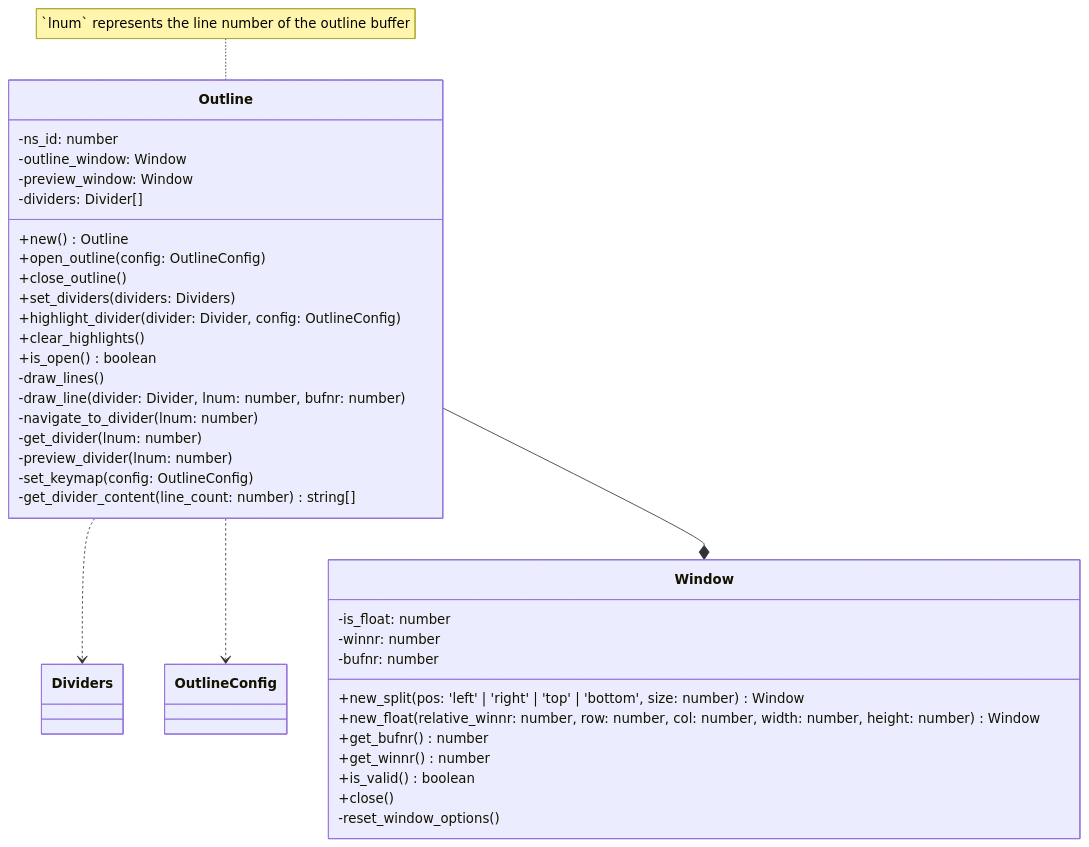
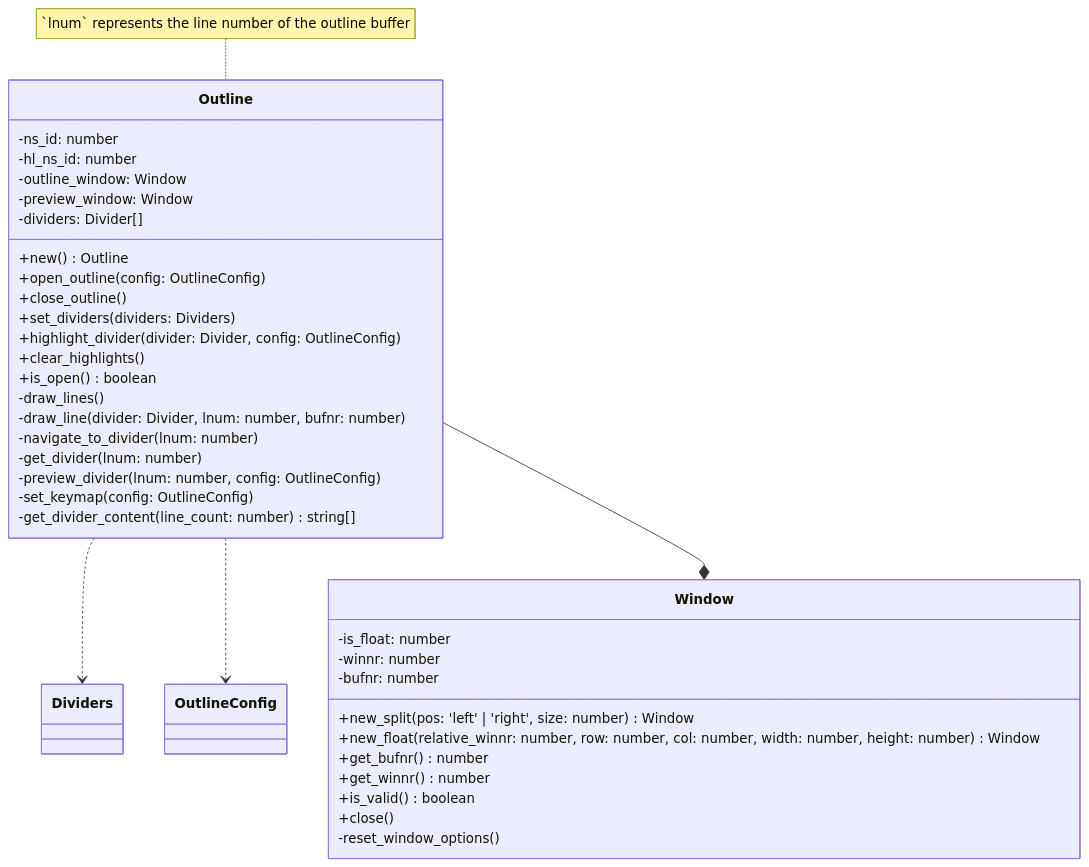
The fourth of 8 diagrams in DESIGN.md (niuiic/divider.nvim), drawn with Mermaid before and after one commit. The commit also changed other lines of this file and 4 other files, not shown here.

````diff
--- a/DESIGN.md
+++ b/DESIGN.md
@@ -126,42 +126,43 @@
 ```mermaid
 classDiagram
     note for Outline "`lnum` represents the line number of the outline buffer"
     Outline ..> Dividers
     Outline ..> OutlineConfig
     Outline --* Window
     class Outline {
         -ns_id: number
+        -hl_ns_id: number
         -outline_window: Window
         -preview_window: Window
         -dividers: Divider[]
 
         +new() Outline
         +open_outline(config: OutlineConfig)
         +close_outline()
         +set_dividers(dividers: Dividers)
         +highlight_divider(divider: Divider, config: OutlineConfig)
         +clear_highlights()
         +is_open() boolean
         -draw_lines()
         -draw_line(divider: Divider, lnum: number, bufnr: number)
         -navigate_to_divider(lnum: number)
         -get_divider(lnum: number)
-        -preview_divider(lnum: number)
+        -preview_divider(lnum: number, config: OutlineConfig)
         -set_keymap(config: OutlineConfig)
         -get_divider_content(line_count: number) string[]
     }
 
     class Window {
         -is_float: number
         -winnr: number
         -bufnr: number
 
-        +new_split(pos: 'left' | 'right' | 'top' | 'bottom', size: number) Window
+        +new_split(pos: 'left' | 'right', size: number) Window
         +new_float(relative_winnr: number, row: number, col: number, width: number, height: number) Window
         +get_bufnr() number
         +get_winnr() number
         +is_valid() boolean
         +close()
         -reset_window_options()
     }
 ```
````
